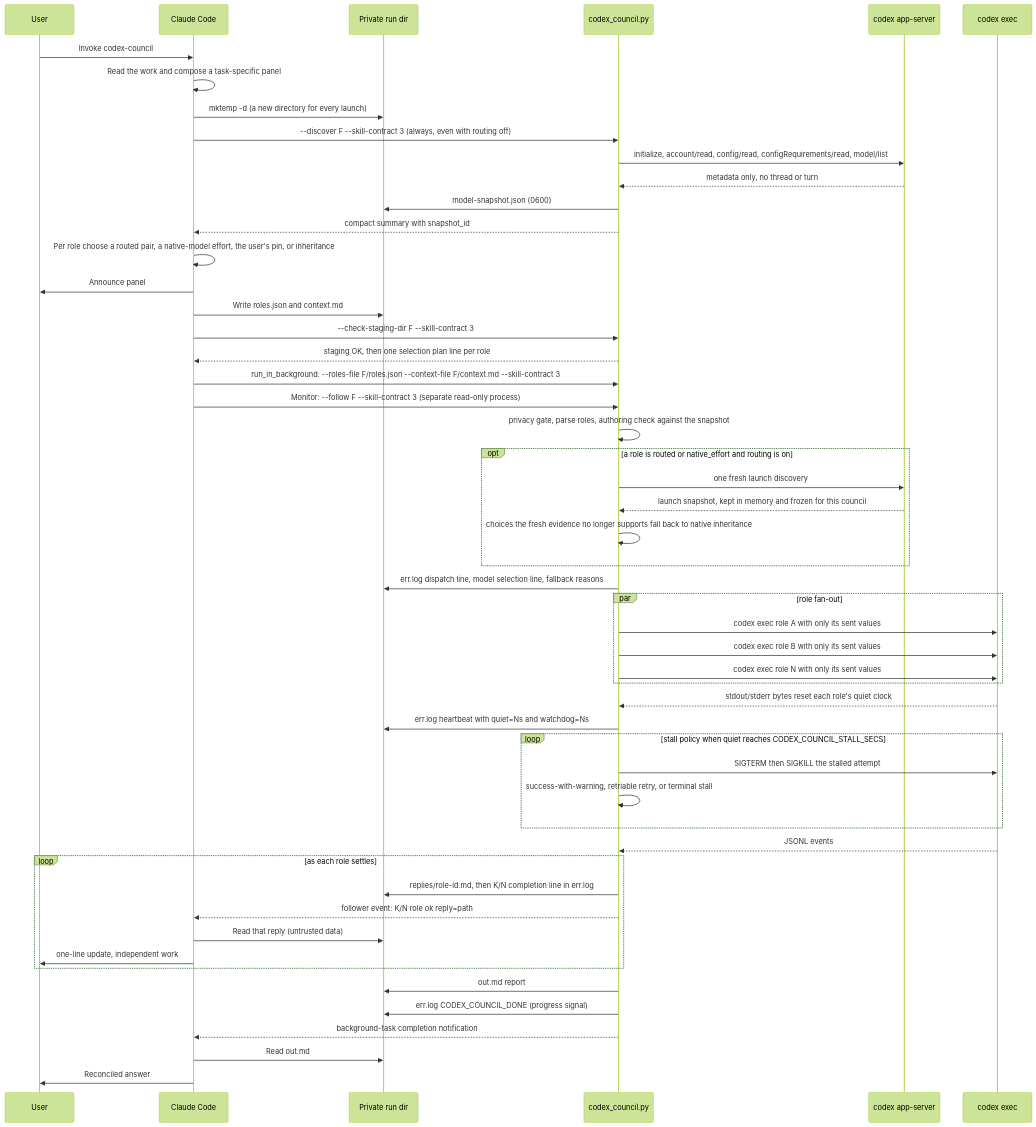
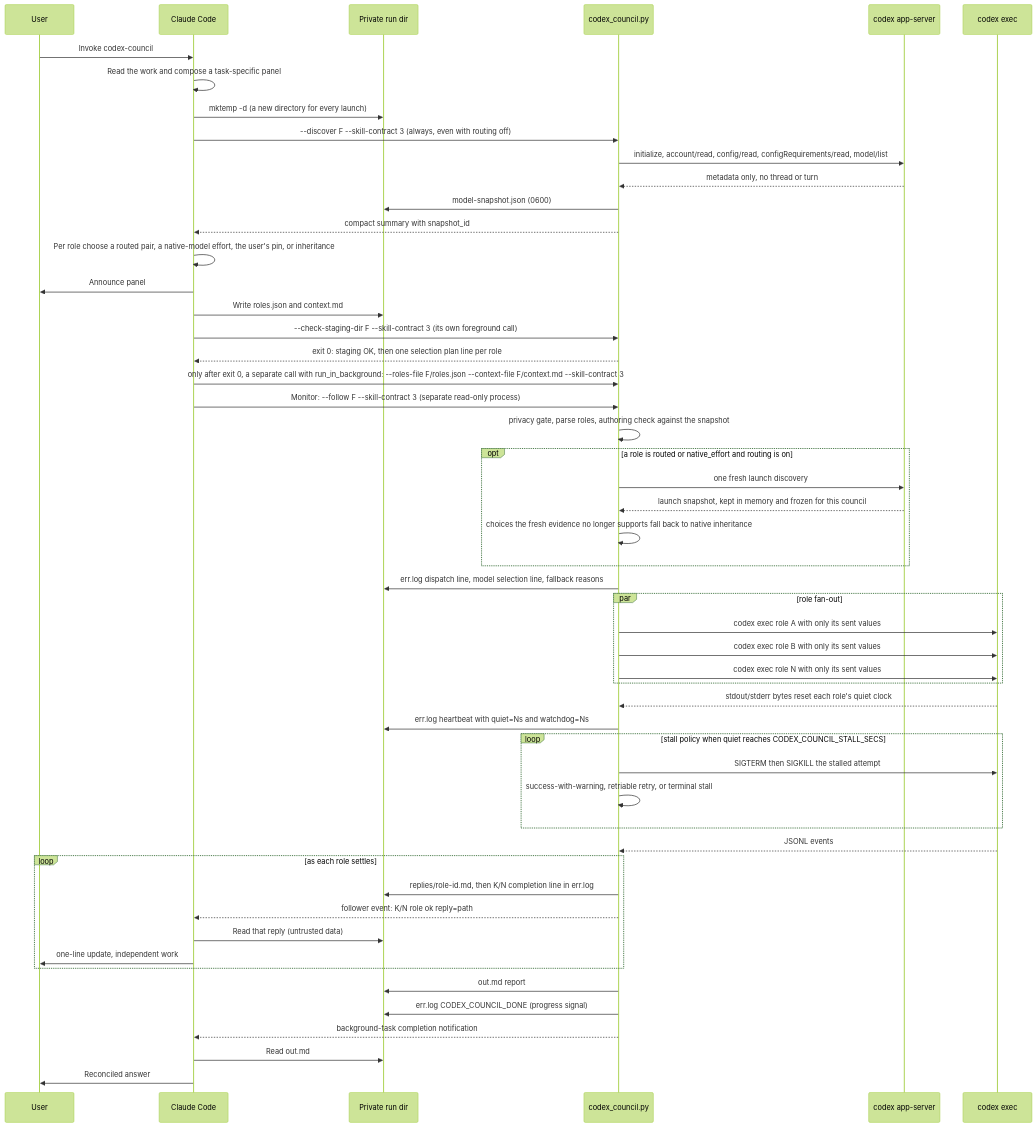
The second of 3 diagrams in README.md (ehzawad/codex-council), drawn with Mermaid (forest theme) before and after one commit. The commit also changed other lines of this file and 15 other files, not shown here.

````diff
--- a/README.md
+++ b/README.md
@@ -203,55 +203,55 @@
 ```mermaid
 sequenceDiagram
     participant U as User
     participant C as Claude Code
     participant F as Private run dir
     participant S as codex_council.py
     participant A as codex app-server
     participant X as codex exec
 
     U->>C: Invoke codex-council
     C->>C: Read the work and compose a task-specific panel
     C->>F: mktemp -d (a new directory for every launch)
     C->>S: --discover F --skill-contract 3 (always, even with routing off)
     S->>A: initialize, account/read, config/read, configRequirements/read, model/list
     A-->>S: metadata only, no thread or turn
     S->>F: model-snapshot.json (0600)
     S-->>C: compact summary with snapshot_id
     C->>C: Per role choose a routed pair, a native-model effort, the user's pin, or inheritance
     C->>U: Announce panel
     C->>F: Write roles.json and context.md
-    C->>S: --check-staging-dir F --skill-contract 3
-    S-->>C: staging OK, then one selection plan line per role
-    C->>S: run_in_background: --roles-file F/roles.json --context-file F/context.md --skill-contract 3
+    C->>S: --check-staging-dir F --skill-contract 3 (its own foreground call)
+    S-->>C: exit 0: staging OK, then one selection plan line per role
+    C->>S: only after exit 0, a separate call with run_in_background: --roles-file F/roles.json --context-file F/context.md --skill-contract 3
     C->>S: Monitor: --follow F --skill-contract 3 (separate read-only process)
     S->>S: privacy gate, parse roles, authoring check against the snapshot
     opt a role is routed or native_effort and routing is on
         S->>A: one fresh launch discovery
         A-->>S: launch snapshot, kept in memory and frozen for this council
         S->>S: choices the fresh evidence no longer supports fall back to native inheritance
     end
     S->>F: err.log dispatch line, model selection line, fallback reasons
     par role fan-out
         S->>X: codex exec role A with only its sent values
         S->>X: codex exec role B with only its sent values
         S->>X: codex exec role N with only its sent values
     end
     X-->>S: stdout/stderr bytes reset each role's quiet clock
     S->>F: err.log heartbeat with quiet=Ns and watchdog=Ns
     loop stall policy when quiet reaches CODEX_COUNCIL_STALL_SECS
         S->>X: SIGTERM then SIGKILL the stalled attempt
         S->>S: success-with-warning, retriable retry, or terminal stall
     end
     X-->>S: JSONL events
     loop as each role settles
         S->>F: replies/role-id.md, then K/N completion line in err.log
         S-->>C: follower event: K/N role ok reply=path
         C->>F: Read that reply (untrusted data)
         C->>U: one-line update, independent work
     end
     S->>F: out.md report
     S->>F: err.log CODEX_COUNCIL_DONE (progress signal)
     S-->>C: background-task completion notification
     C->>F: Read out.md
     C->>U: Reconciled answer
 ```
````
